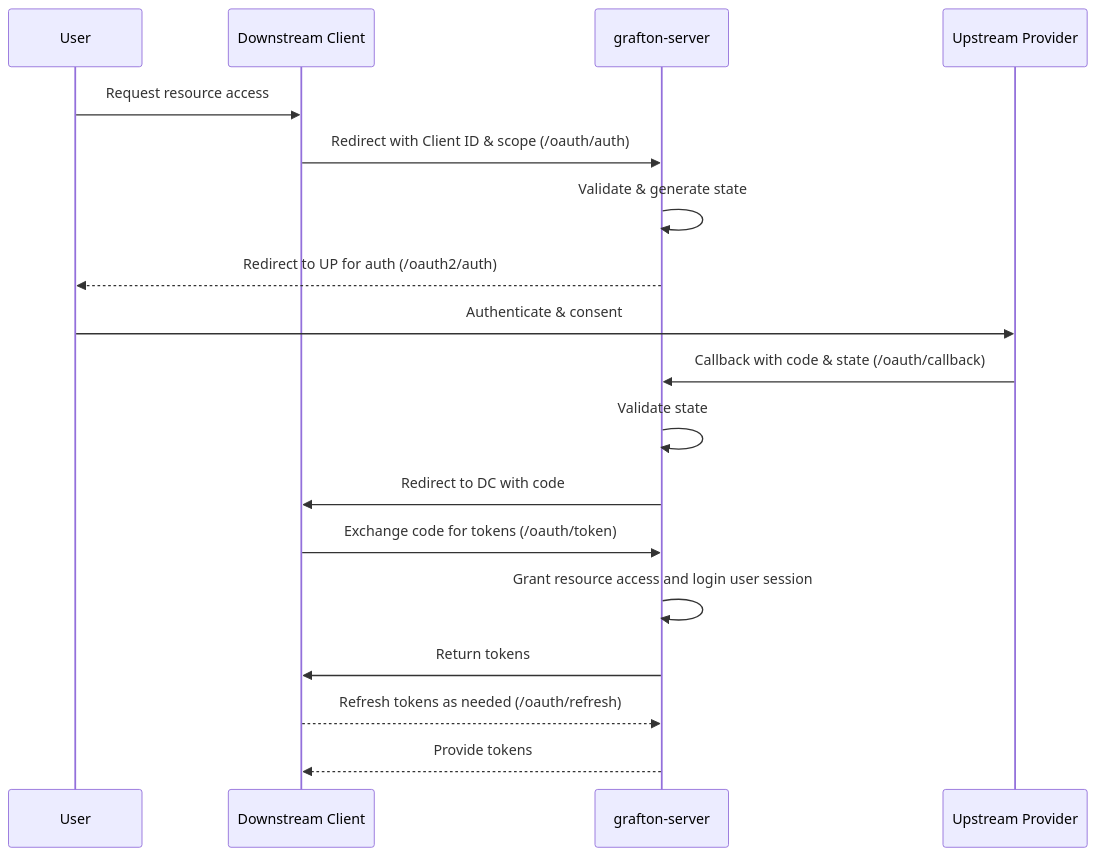
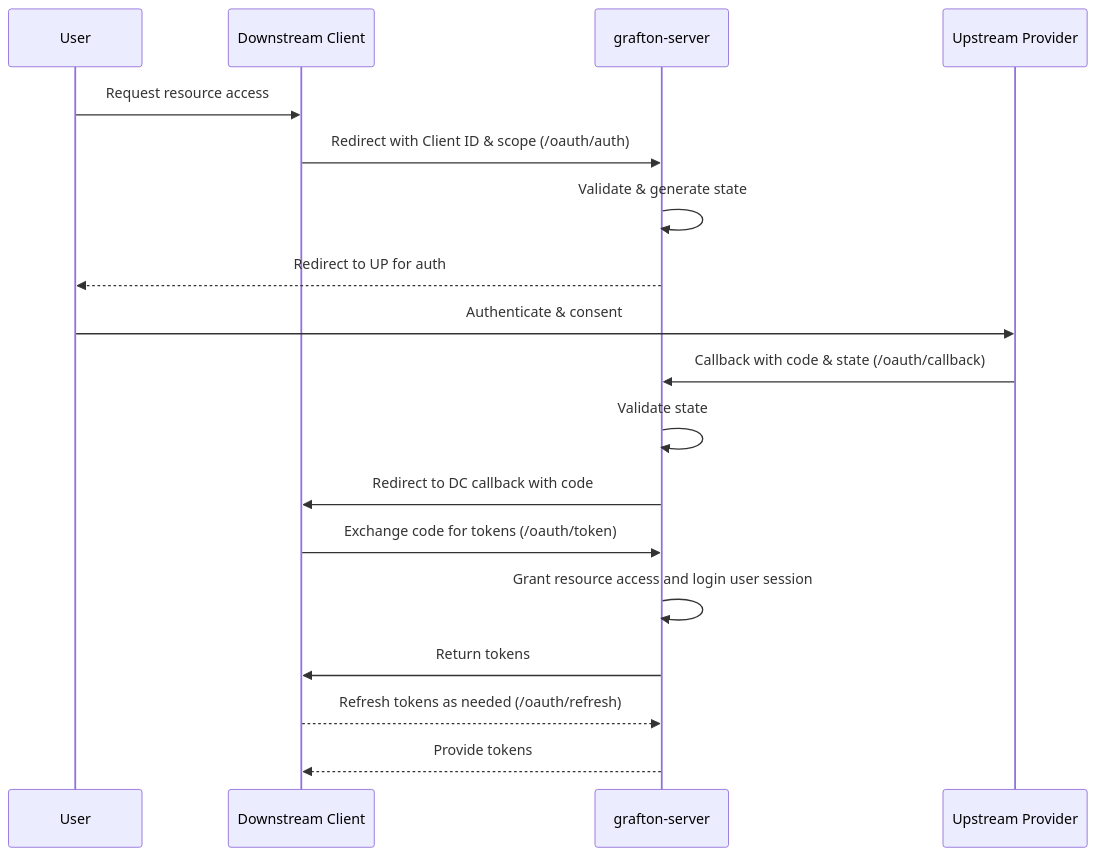
The diagram in docs/oauth.md (GrantSparks/grafton), drawn with Mermaid before and after one commit. The commit also changed other lines of this file and 3 other files, not shown here.

````diff
--- a/docs/oauth.md
+++ b/docs/oauth.md
@@ -73,21 +75,21 @@
 ```mermaid
 sequenceDiagram
     participant User
     participant DC as Downstream Client
     participant Grafton as grafton-server
     participant UP as Upstream Provider
 
     User->>DC: Request resource access
     DC->>Grafton: Redirect with Client ID & scope (/oauth/auth)
     Grafton->>Grafton: Validate & generate state
-    Grafton-->>User: Redirect to UP for auth (/oauth2/auth)
+    Grafton-->>User: Redirect to UP for auth
     User->>UP: Authenticate & consent
     UP->>Grafton: Callback with code & state (/oauth/callback)
     Grafton->>Grafton: Validate state
-    Grafton->>DC: Redirect to DC with code
+    Grafton->>DC: Redirect to DC callback with code
     DC->>Grafton: Exchange code for tokens (/oauth/token)
     Grafton->>Grafton: Grant resource access and login user session
     Grafton->>DC: Return tokens
     DC-->>Grafton: Refresh tokens as needed (/oauth/refresh)
     Grafton-->>DC: Provide tokens
 ```
````
